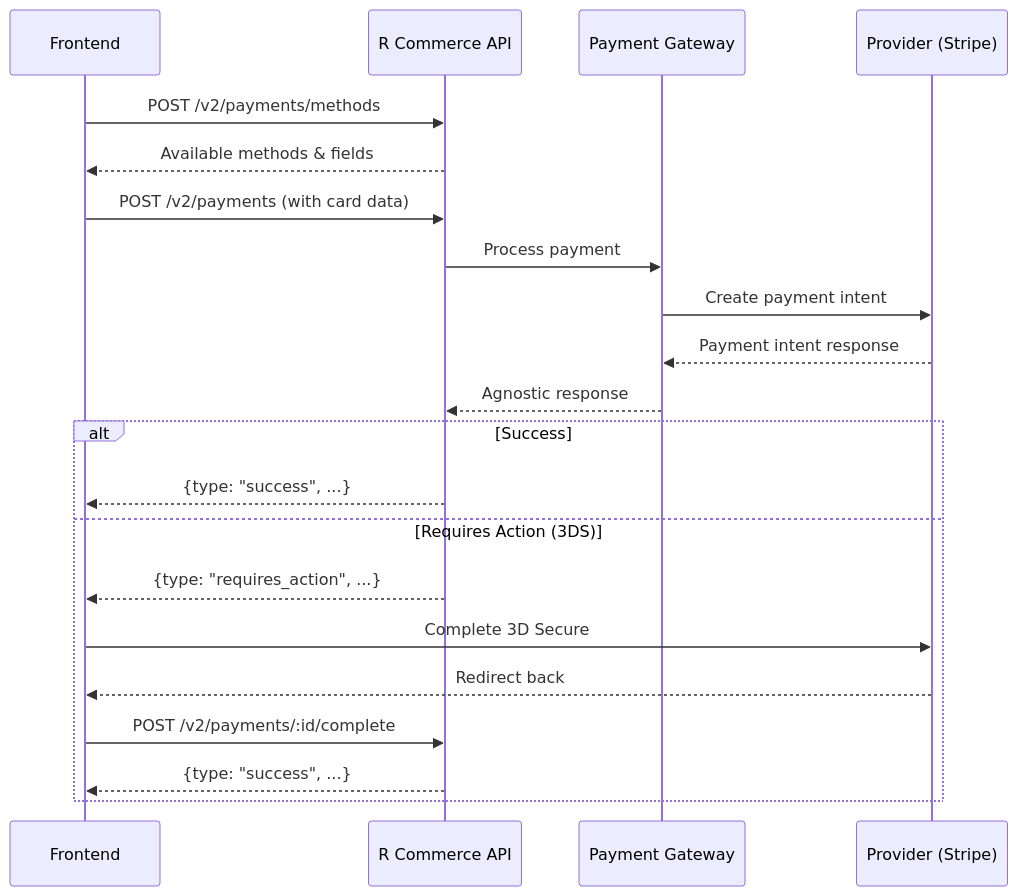
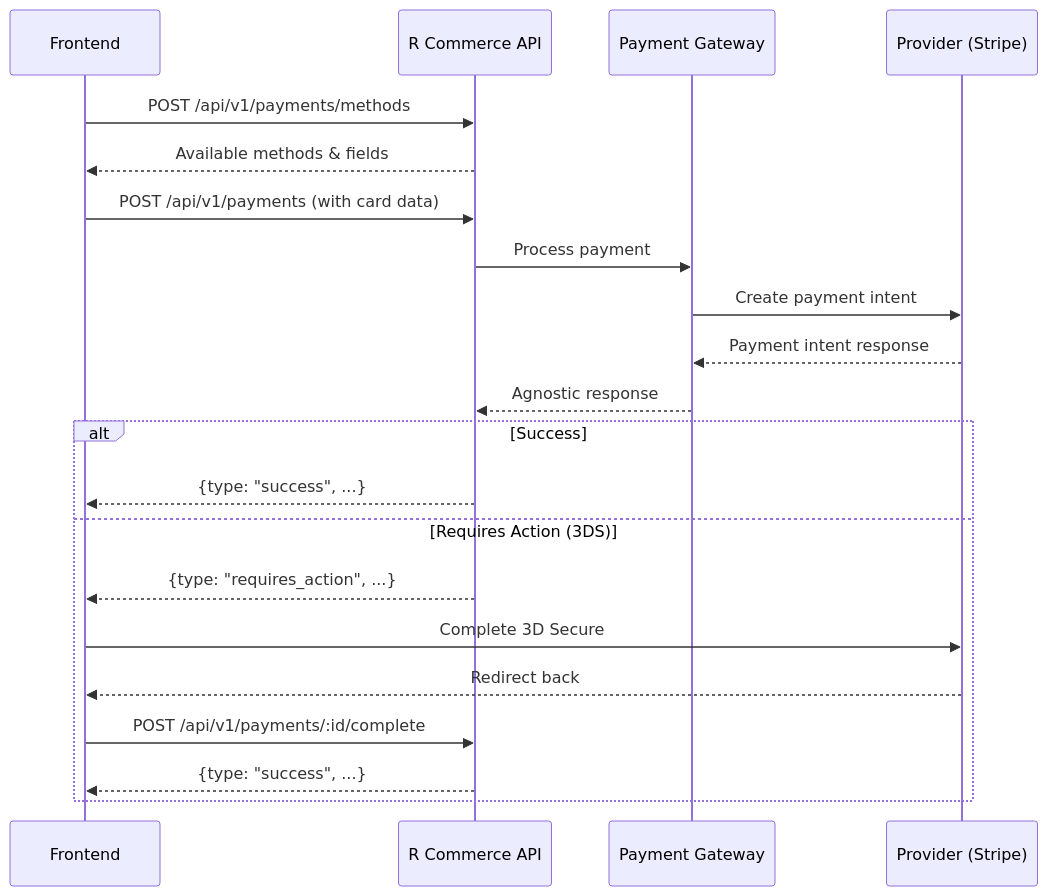
One commit to creativebastard/rcommerce changed the diagram in docs-website/docs/api-reference/payments.md. Above: the diagram before and after it, drawn with Mermaid. The commit also changed other lines of this file and 6 other files, not shown here.

First line of the commit message:
docs: Fix incorrect API version in payments documentation

````diff
--- a/docs-website/docs/api-reference/payments.md
+++ b/docs-website/docs/api-reference/payments.md
@@ -31,26 +31,26 @@
 ```mermaid
 sequenceDiagram
     participant F as Frontend
     participant A as R Commerce API
     participant G as Payment Gateway
     participant P as Provider (Stripe)
     
-    F->>A: POST /v2/payments/methods
+    F->>A: POST /api/v1/payments/methods
     A-->>F: Available methods & fields
     
-    F->>A: POST /v2/payments (with card data)
+    F->>A: POST /api/v1/payments (with card data)
     A->>G: Process payment
     G->>P: Create payment intent
     P-->>G: Payment intent response
     G-->>A: Agnostic response
     
     alt Success
         A-->>F: {type: "success", ...}
     else Requires Action (3DS)
         A-->>F: {type: "requires_action", ...}
         F->>P: Complete 3D Secure
         P-->>F: Redirect back
-        F->>A: POST /v2/payments/:id/complete
+        F->>A: POST /api/v1/payments/:id/complete
         A-->>F: {type: "success", ...}
     end
 ```
````
